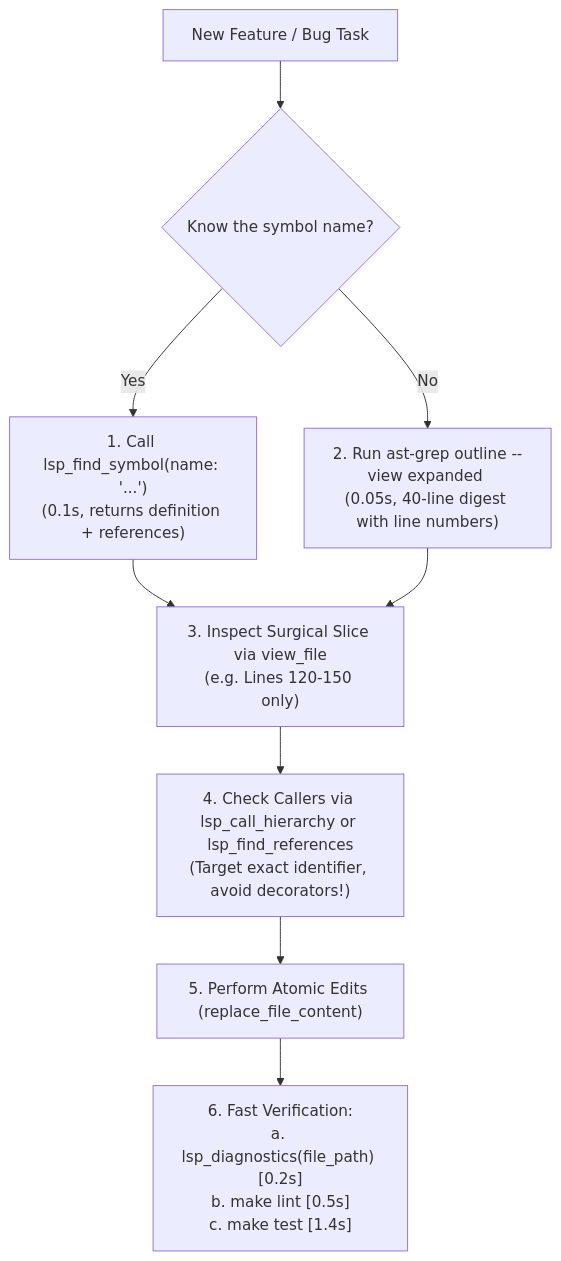
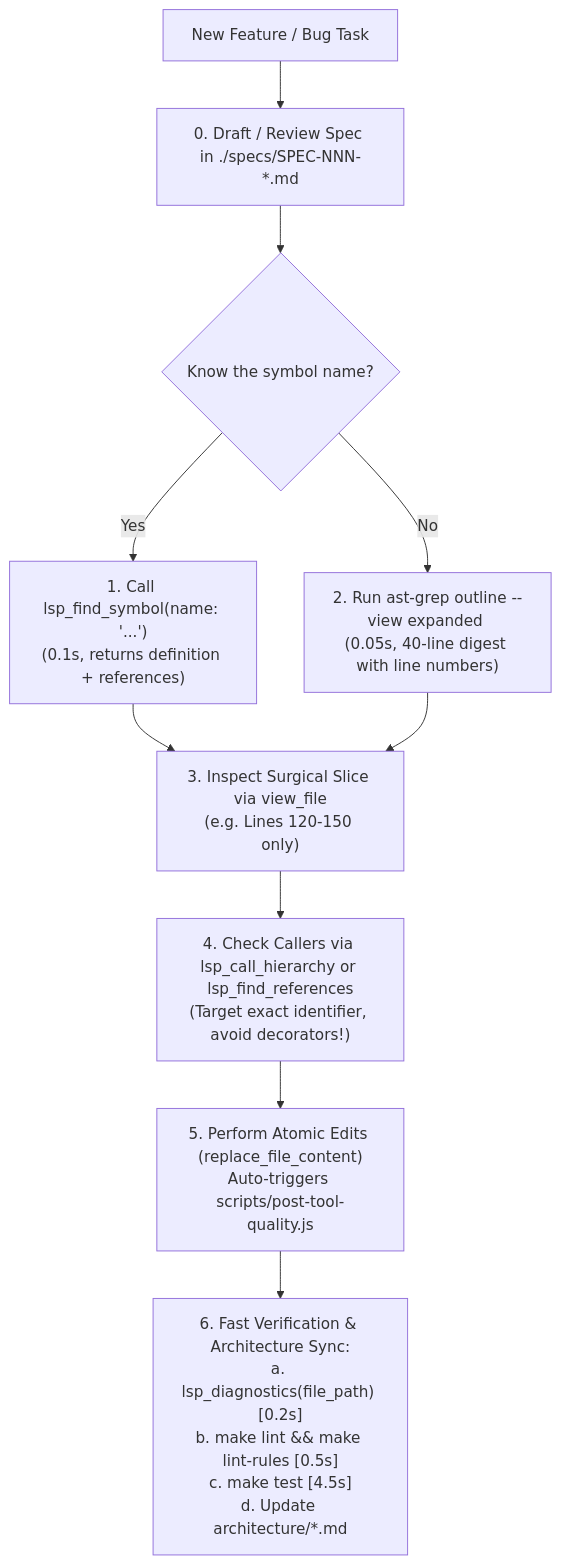
One commit to jfisheratwork/travel-tracker-public changed the diagram in architecture/07-ai-agent-playbook.md. Above: the diagram before and after it, drawn with Mermaid. The commit also changed other lines of this file and 68 other files, not shown here.

First line of the commit message:
chore(governance): port spec-driven dev flow, 6-stage pre-commit hooks, skills, agents, and local_only gitignore patterns

````diff
--- a/architecture/07-ai-agent-playbook.md
+++ b/architecture/07-ai-agent-playbook.md
@@ -9,16 +9,17 @@
 ```mermaid
 graph TD
-    Start["New Feature / Bug Task"] --> QSymbol{"Know the symbol name?"}
-    
+    Start["New Feature / Bug Task"] --> Spec["0. Draft / Review Spec in ./specs/SPEC-NNN-*.md"]
+    Spec --> QSymbol{"Know the symbol name?"}
+
     QSymbol -- Yes --> FindSymbol["1. Call lsp_find_symbol(name: '...')<br/>(0.1s, returns definition + references)"]
     QSymbol -- No --> Outline["2. Run ast-grep outline --view expanded <file><br/>(0.05s, 40-line digest with line numbers)"]
-    
+
     FindSymbol --> Slice["3. Inspect Surgical Slice via view_file<br/>(e.g. Lines 120-150 only)"]
     Outline --> Slice
-    
+
     Slice --> Impact["4. Check Callers via lsp_call_hierarchy or lsp_find_references<br/>(Target exact identifier, avoid decorators!)"]
-    
-    Impact --> Edit["5. Perform Atomic Edits (replace_file_content)"]
-    
-    Edit --> Verify["6. Fast Verification:<br/>a. lsp_diagnostics(file_path) [0.2s]<br/>b. make lint [0.5s]<br/>c. make test [1.4s]"]
+
+    Impact --> Edit["5. Perform Atomic Edits (replace_file_content)<br/>Auto-triggers scripts/post-tool-quality.js"]
+
+    Edit --> Verify["6. Fast Verification & Architecture Sync:<br/>a. lsp_diagnostics(file_path) [0.2s]<br/>b. make lint && make lint-rules [0.5s]<br/>c. make test [4.5s]<br/>d. Update architecture/*.md"]
 ```
````
